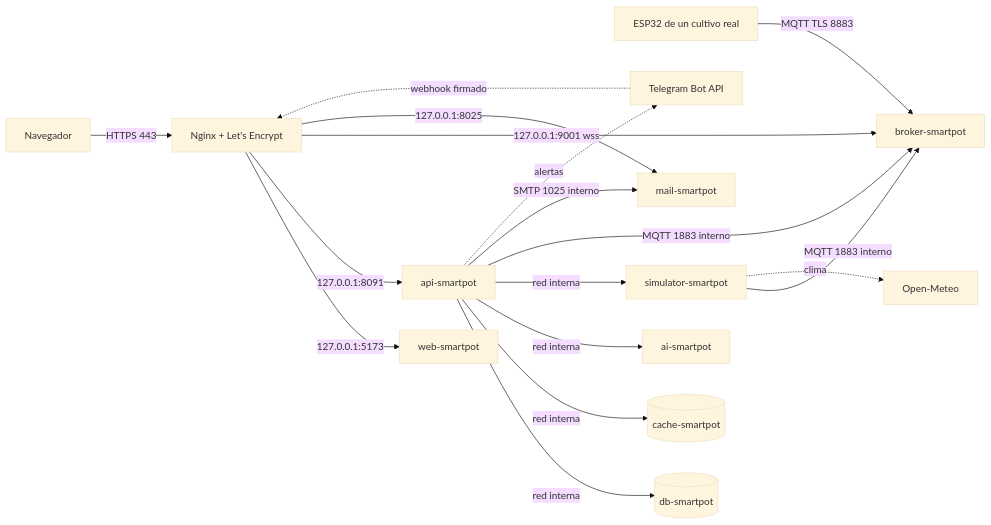
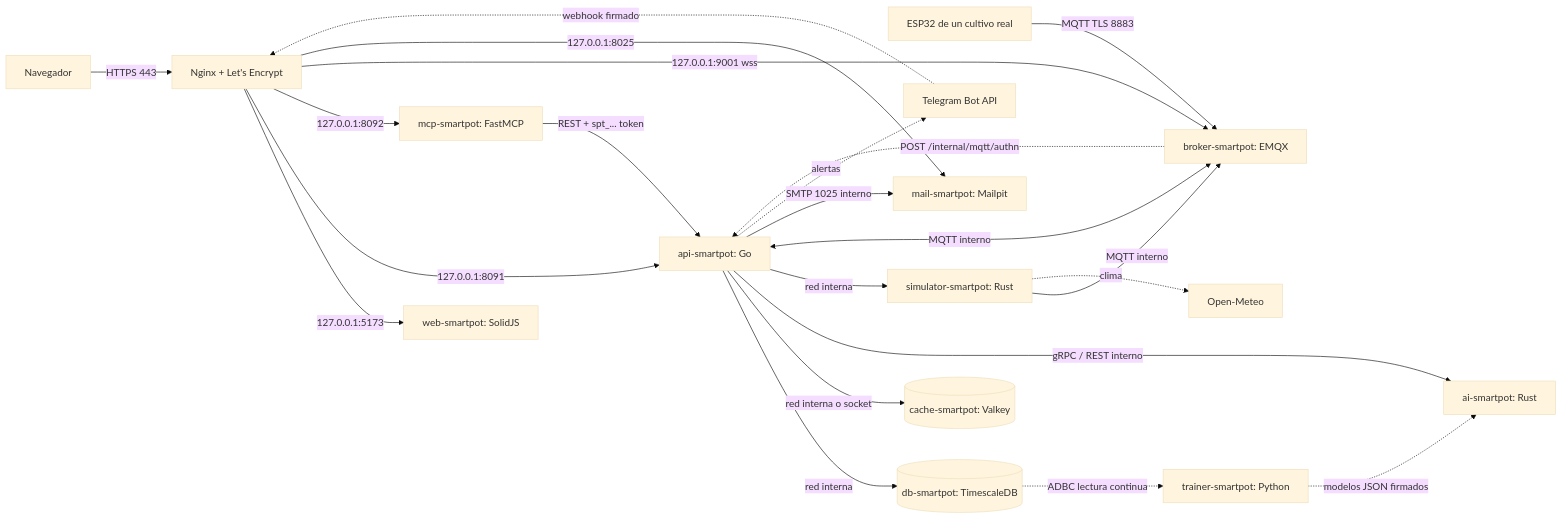
Before and after one commit to SmartPotTech/.github: the first of 2 diagrams in docker/production/README.md, drawn with Mermaid (base theme). The commit also changed other lines of this file and 21 other files, not shown here.

Commit message:
Update platform documentation and architecture diagrams for production Stack B [skip deploy] #no-deploy

````diff
--- a/docker/production/README.md
+++ b/docker/production/README.md
@@ -30,19 +30,24 @@
 ```mermaid
 flowchart LR
   B[Navegador] -->|HTTPS 443| N[Nginx + Let's Encrypt]
-  M[ESP32 de un cultivo real] -->|MQTT TLS 8883| K[broker-smartpot]
-  N -->|127.0.0.1:5173| W[web-smartpot]
-  N -->|127.0.0.1:8091| A[api-smartpot]
+  M[ESP32 de un cultivo real] -->|MQTT TLS 8883| K[broker-smartpot: EMQX]
+  N -->|127.0.0.1:5173| W[web-smartpot: SolidJS]
+  N -->|127.0.0.1:8091| A[api-smartpot: Go]
+  N -->|127.0.0.1:8092| P[mcp-smartpot: FastMCP]
   N -->|127.0.0.1:9001 wss| K
-  N -->|127.0.0.1:8025| E[mail-smartpot]
-  A -->|red interna| D[(db-smartpot)]
-  A -->|red interna| C[(cache-smartpot)]
-  A -->|red interna| I[ai-smartpot]
-  A -->|red interna| V[simulator-smartpot]
-  V -->|MQTT 1883 interno| K
+  N -->|127.0.0.1:8025| E[mail-smartpot: Mailpit]
+  A -->|red interna| D[(db-smartpot: TimescaleDB)]
+  A -->|red interna o socket| C[(cache-smartpot: Valkey)]
+  A -->|gRPC / REST interno| I[ai-smartpot: Rust]
+  D -.->|ADBC lectura continua| R[trainer-smartpot: Python]
+  R -.->|modelos JSON firmados| I
+  A -->|red interna| V[simulator-smartpot: Rust]
+  V -->|MQTT interno| K
   V -.->|clima| O[Open-Meteo]
-  A -->|MQTT 1883 interno| K
+  A <-->|MQTT interno| K
+  K -.->|POST /internal/mqtt/authn| A
   A -->|SMTP 1025 interno| E
+  P -->|REST + spt_... token| A
   A -.->|alertas| T[Telegram Bot API]
   T -.->|webhook firmado| N
 ```
````
